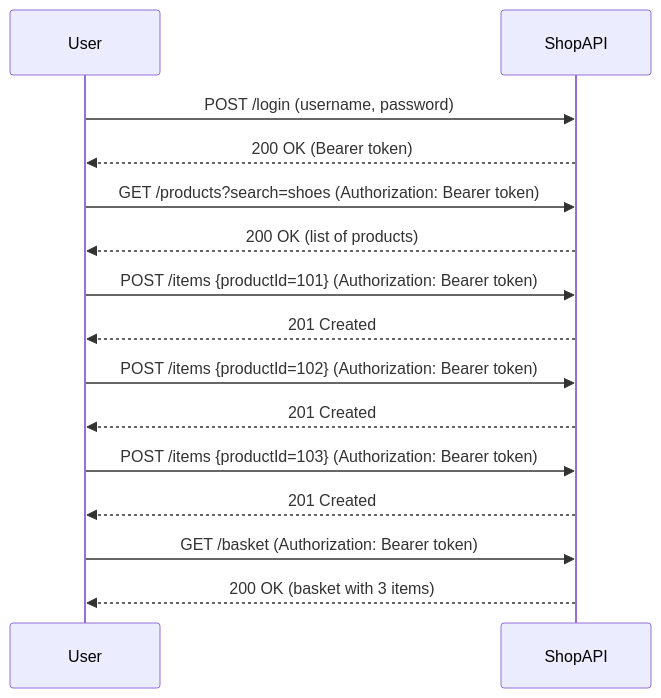
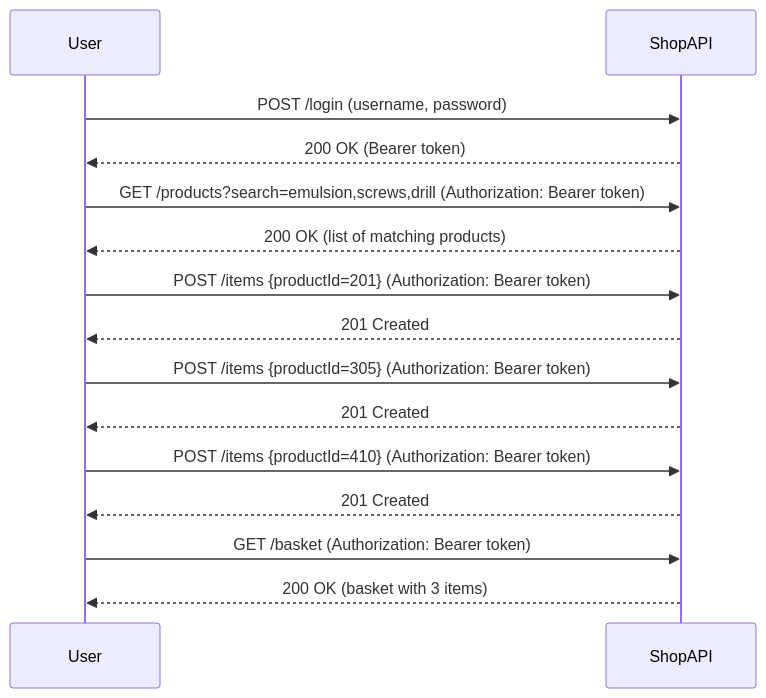
One commit to edwardwillis/corepython changed the diagram in workshop-sequence.md. Above: the diagram before and after it, drawn with Mermaid.

Commit message:
Update product search and item IDs in workshop sequence

````diff
--- a/workshop-sequence.md
+++ b/workshop-sequence.md
@@ -1,23 +1,23 @@
 ```mermaid
     sequenceDiagram
     participant User
     participant ShopAPI
 
     User->>ShopAPI: POST /login (username, password)
     ShopAPI-->>User: 200 OK (Bearer token)
 
-    User->>ShopAPI: GET /products?search=shoes (Authorization: Bearer token)
-    ShopAPI-->>User: 200 OK (list of products)
+    User->>ShopAPI: GET /products?search=emulsion,screws,drill (Authorization: Bearer token)
+    ShopAPI-->>User: 200 OK (list of matching products)
 
-    User->>ShopAPI: POST /items {productId=101} (Authorization: Bearer token)
+    User->>ShopAPI: POST /items {productId=201} (Authorization: Bearer token)
     ShopAPI-->>User: 201 Created
 
-    User->>ShopAPI: POST /items {productId=102} (Authorization: Bearer token)
+    User->>ShopAPI: POST /items {productId=305} (Authorization: Bearer token)
     ShopAPI-->>User: 201 Created
 
-    User->>ShopAPI: POST /items {productId=103} (Authorization: Bearer token)
+    User->>ShopAPI: POST /items {productId=410} (Authorization: Bearer token)
     ShopAPI-->>User: 201 Created
 
     User->>ShopAPI: GET /basket (Authorization: Bearer token)
     ShopAPI-->>User: 200 OK (basket with 3 items)
 ```
````
